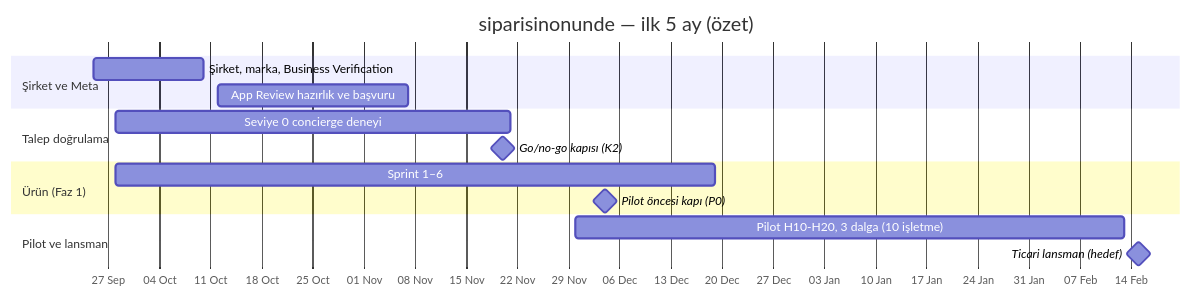
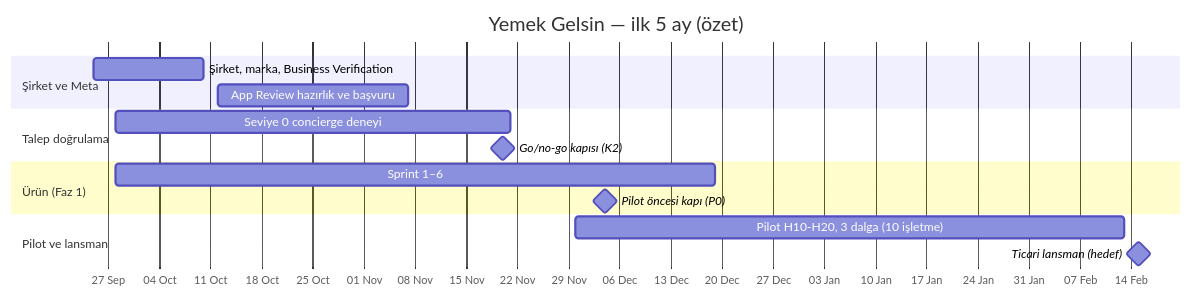
One commit to eraycaylak/siparisinonunde changed the diagram in docs/00-yonetici-ozeti.md. Above: the diagram before and after it, drawn with Mermaid. The commit also changed other lines of this file and 99 other files, not shown here.

First line of the commit message:
Yemek Gelsin: marka adı, yemekgelsin.net alan adı, herkese açık demo

````diff
--- a/docs/00-yonetici-ozeti.md
+++ b/docs/00-yonetici-ozeti.md
@@ -96,18 +96,18 @@
 ```mermaid
 gantt
-  title siparisinonunde — ilk 5 ay (özet)
+  title Yemek Gelsin — ilk 5 ay (özet)
   dateFormat YYYY-MM-DD
   axisFormat %d %b
   section Şirket ve Meta
   Şirket, marka, Business Verification :a1, 2026-09-25, 15d
   App Review hazırlık ve başvuru       :a2, 2026-10-12, 26d
   section Talep doğrulama
   Seviye 0 concierge deneyi            :b1, 2026-09-28, 54d
   Go/no-go kapısı (K2)                 :milestone, 2026-11-20, 0d
   section Ürün (Faz 1)
   Sprint 1–6                           :c1, 2026-09-28, 82d
   Pilot öncesi kapı (P0)               :milestone, 2026-12-04, 0d
   section Pilot ve lansman
   Pilot H10-H20, 3 dalga (10 işletme)  :d1, 2026-11-30, 75d
   Ticari lansman (hedef)               :milestone, 2027-02-15, 0d
 ```
````
